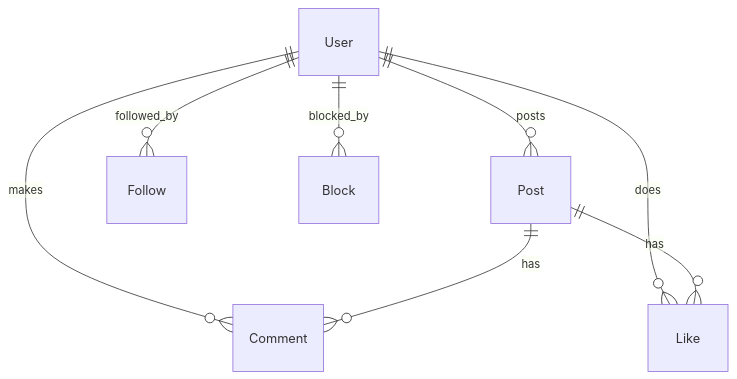
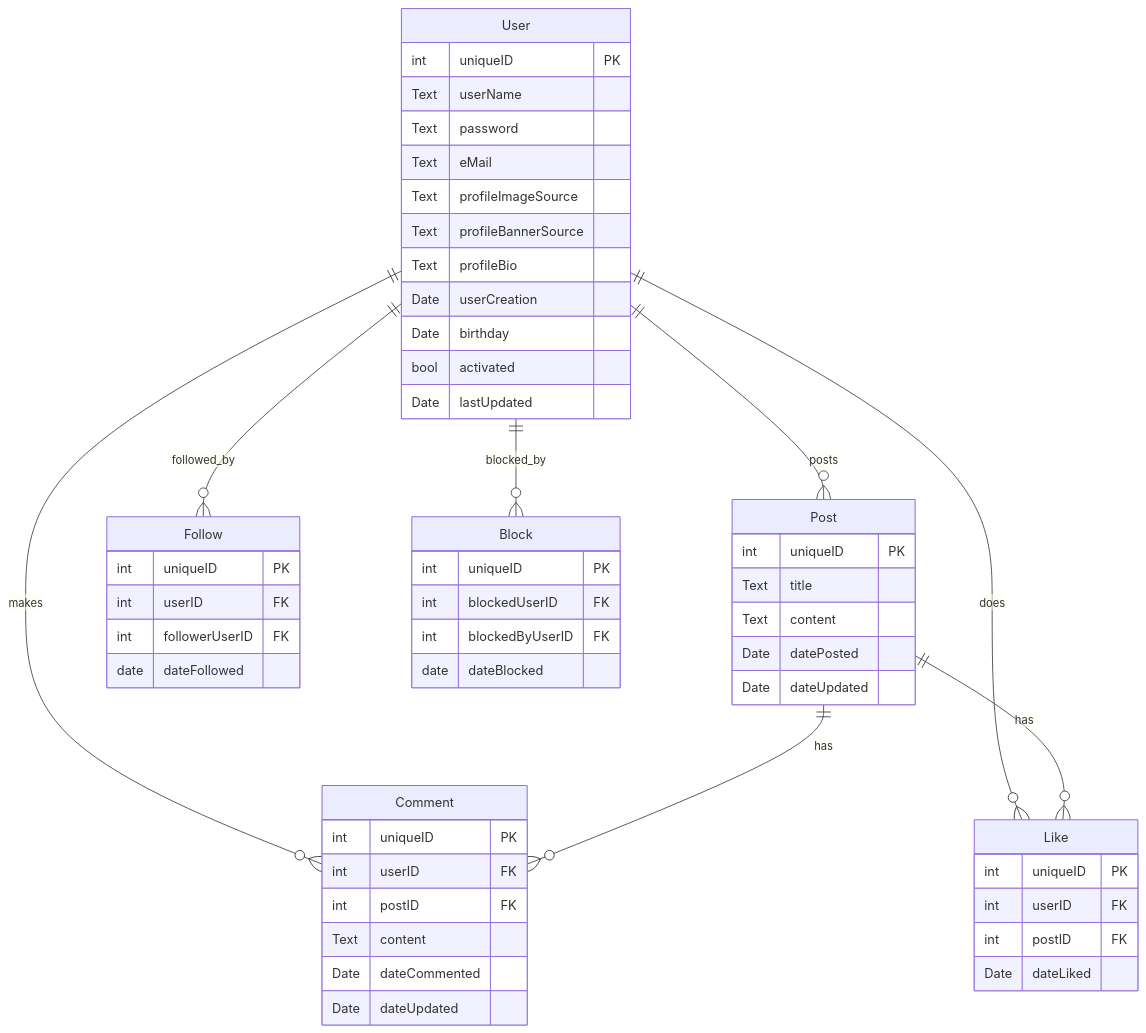
Before and after one commit to boolean-uk/java-data-modelling: the diagram in micro-blogging-er-diagram.md, drawn with Mermaid.

Commit message:
Updated diagram for 4

`````diff
--- a/micro-blogging-er-diagram.md
+++ b/micro-blogging-er-diagram.md
@@ -1,30 +1,58 @@
 ````mermaid
 erDiagram
     User{
-        
+        int uniqueID PK
+        Text userName
+        Text password
+        Text eMail
+        Text profileImageSource
+        Text profileBannerSource
+        Text profileBio
+        Date userCreation
+        Date birthday
+        bool activated
+        Date lastUpdated
     }
     Post{
-        
+        int uniqueID PK
+        Text title
+        Text content
+        Date datePosted
+        Date dateUpdated
     }
     Like{
-        
+        int uniqueID PK
+        int userID FK
+        int postID FK
+        Date dateLiked
     }
     Comment{
-        
+        int uniqueID PK
+        int userID FK
+        int postID FK
+        Text content
+        Date dateCommented
+        Date dateUpdated
     }
     Follow{
-        
+        int uniqueID PK
+        int userID FK
+        int followerUserID FK
+        date dateFollowed
     }
     Block{
-        
+        int uniqueID PK
+        int blockedUserID FK
+        int blockedByUserID FK
+        date dateBlocked
     }
     
     User ||--o{ Post : "posts"
     User ||--o{ Comment : "makes"
     Post ||--o{ Comment : "has"
     User ||--o{ Follow : "followed_by"
     User ||--o{ Block : "blocked_by"
     User ||--o{ Like : "does"
     Post ||--o{ Like : "has"
 
 ````
`````
